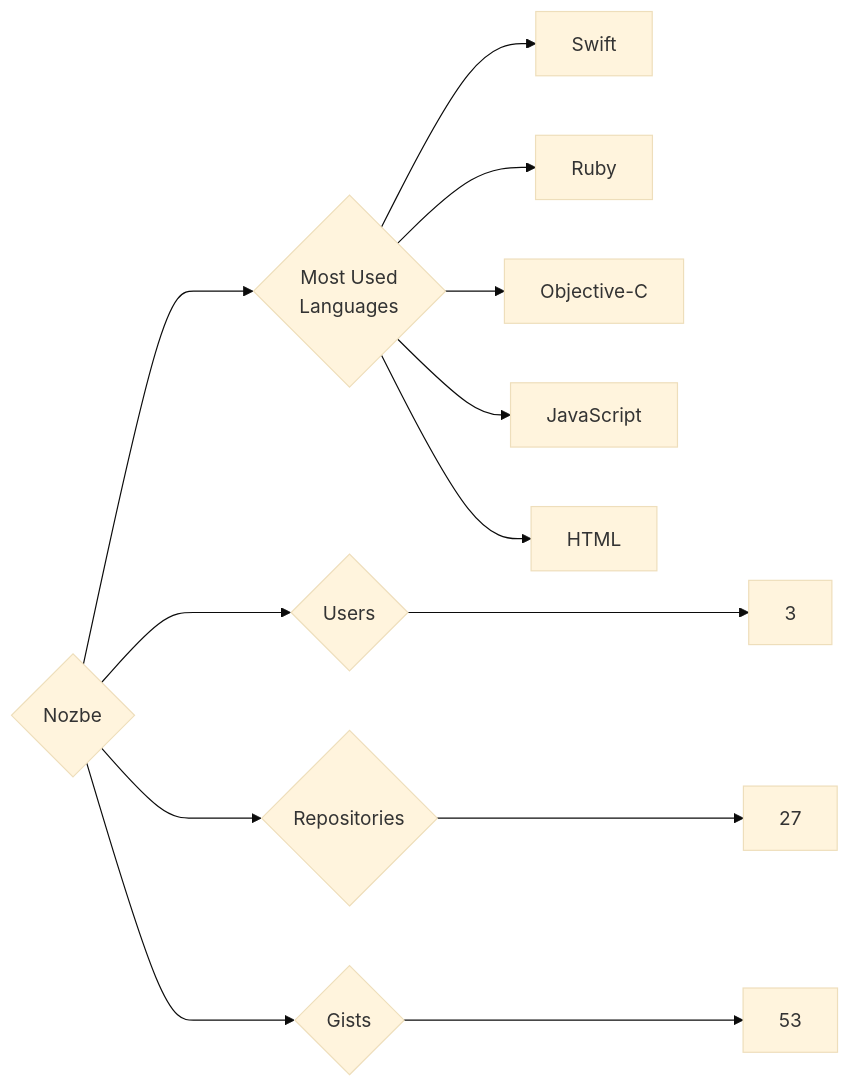
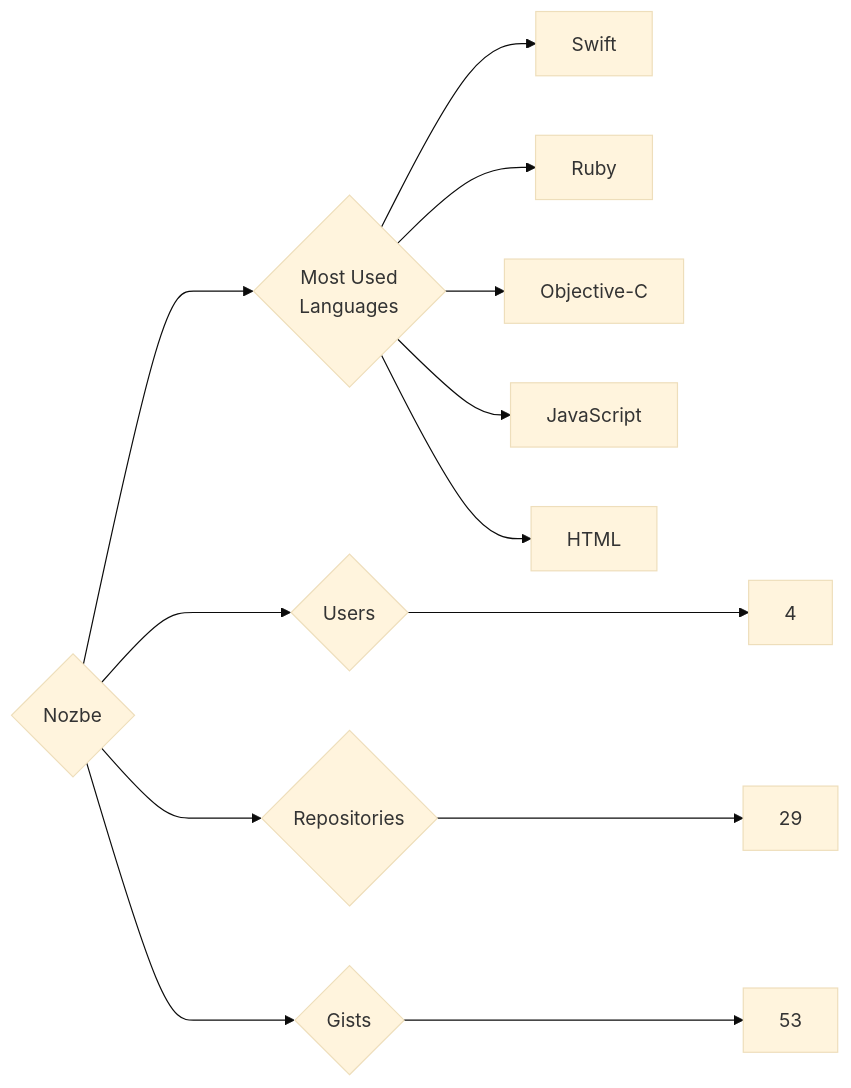
Before and after one commit to trickest/insiders: the diagram in targets/Nozbe/README.md, drawn with Mermaid (base theme). The commit also changed 903 other files, not shown here.

````diff
--- a/targets/Nozbe/README.md
+++ b/targets/Nozbe/README.md
@@ -3,13 +3,13 @@
 ```mermaid
 graph LR
 COMPANY_NAME{Nozbe}
-COMPANY_NAME ---> U{Users} ---> UN[3]
-COMPANY_NAME ---> R{Repositories} ---> RN[27]
+COMPANY_NAME ---> U{Users} ---> UN[4]
+COMPANY_NAME ---> R{Repositories} ---> RN[29]
 COMPANY_NAME ---> G{Gists} ---> GN[53]
 COMPANY_NAME ---> ML{Most Used<br>Languages}
 ML --> Swift[Swift]
 ML --> Ruby[Ruby]
 ML --> Objective-C[Objective-C]
 ML --> JavaScript[JavaScript]
 ML --> HTML[HTML]
 ```
````
